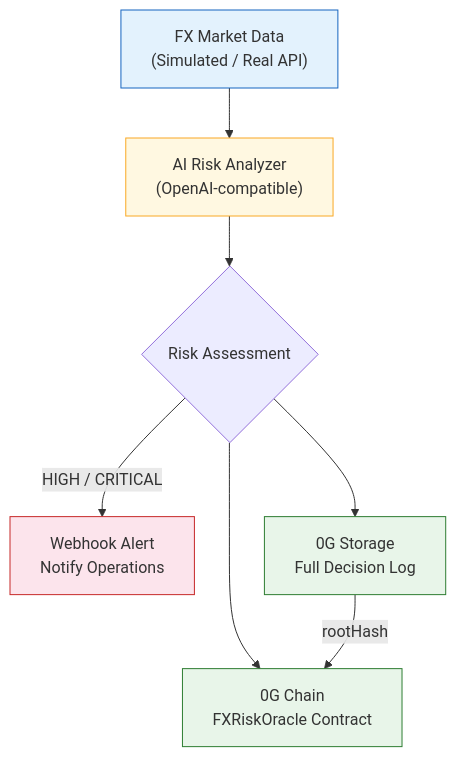
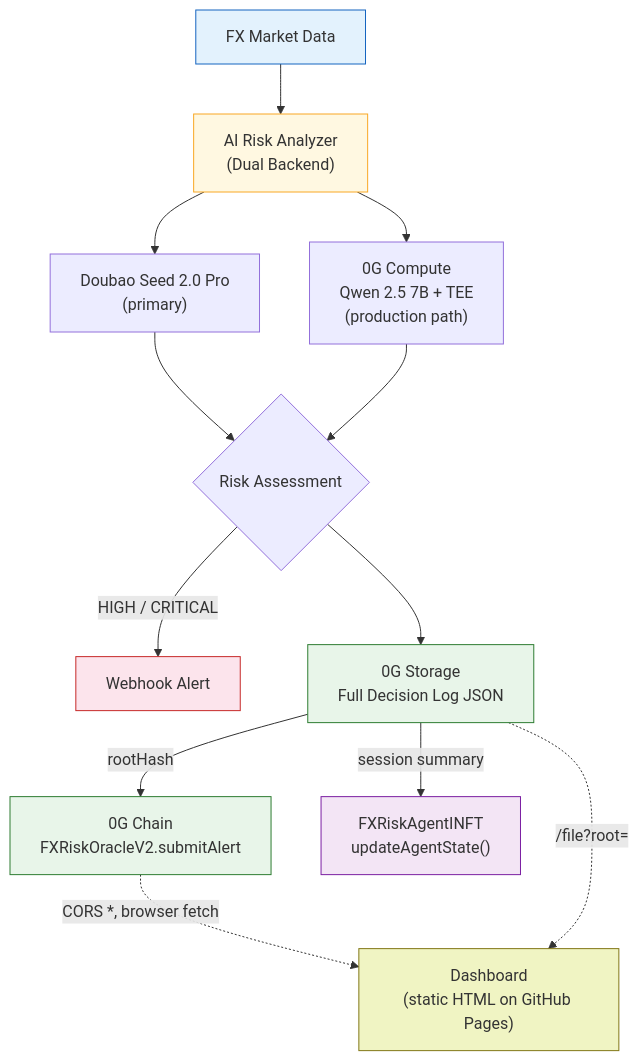
The diagram in README.md (smallironman666/fx-risk-agent), drawn with Mermaid before and after one commit. The commit also changed other lines of this file and 5 other files, not shown here.

````diff
--- a/README.md
+++ b/README.md
@@ -59,15 +65,22 @@
 ```mermaid
 flowchart TD
-    A["FX Market Data<br/>(Simulated / Real API)"] --> B["AI Risk Analyzer<br/>(OpenAI-compatible)"]
-    B --> C{"Risk Assessment"}
-    C -->|"HIGH / CRITICAL"| D["Webhook Alert<br/>Notify Operations"]
-    C --> E["0G Storage<br/>Full Decision Log"]
-    C --> F["0G Chain<br/>FXRiskOracle Contract"]
-    E -->|"rootHash"| F
+    A["FX Market Data"] --> B["AI Risk Analyzer<br/>(Dual Backend)"]
+    B --> B1["Doubao Seed 2.0 Pro<br/>(primary)"]
+    B --> B2["0G Compute<br/>Qwen 2.5 7B + TEE<br/>(production path)"]
+    B1 --> C{"Risk Assessment"}
+    B2 --> C
+    C -->|"HIGH / CRITICAL"| D["Webhook Alert"]
+    C --> E["0G Storage<br/>Full Decision Log JSON"]
+    E -->|"rootHash"| F["0G Chain<br/>FXRiskOracleV2.submitAlert"]
+    E -->|"session summary"| G["FXRiskAgentINFT<br/>updateAgentState()"]
+    F -.->|"CORS *, browser fetch"| H["Dashboard<br/>(static HTML on GitHub Pages)"]
+    E -.->|"/file?root=<hash>"| H
 
     style A fill:#e3f2fd,stroke:#1565c0
     style B fill:#fff8e1,stroke:#f9a825
     style D fill:#fce4ec,stroke:#c62828
     style E fill:#e8f5e9,stroke:#2e7d32
     style F fill:#e8f5e9,stroke:#2e7d32
+    style G fill:#f3e5f5,stroke:#7b1fa2
+    style H fill:#f0f4c3,stroke:#827717
 ```
````
